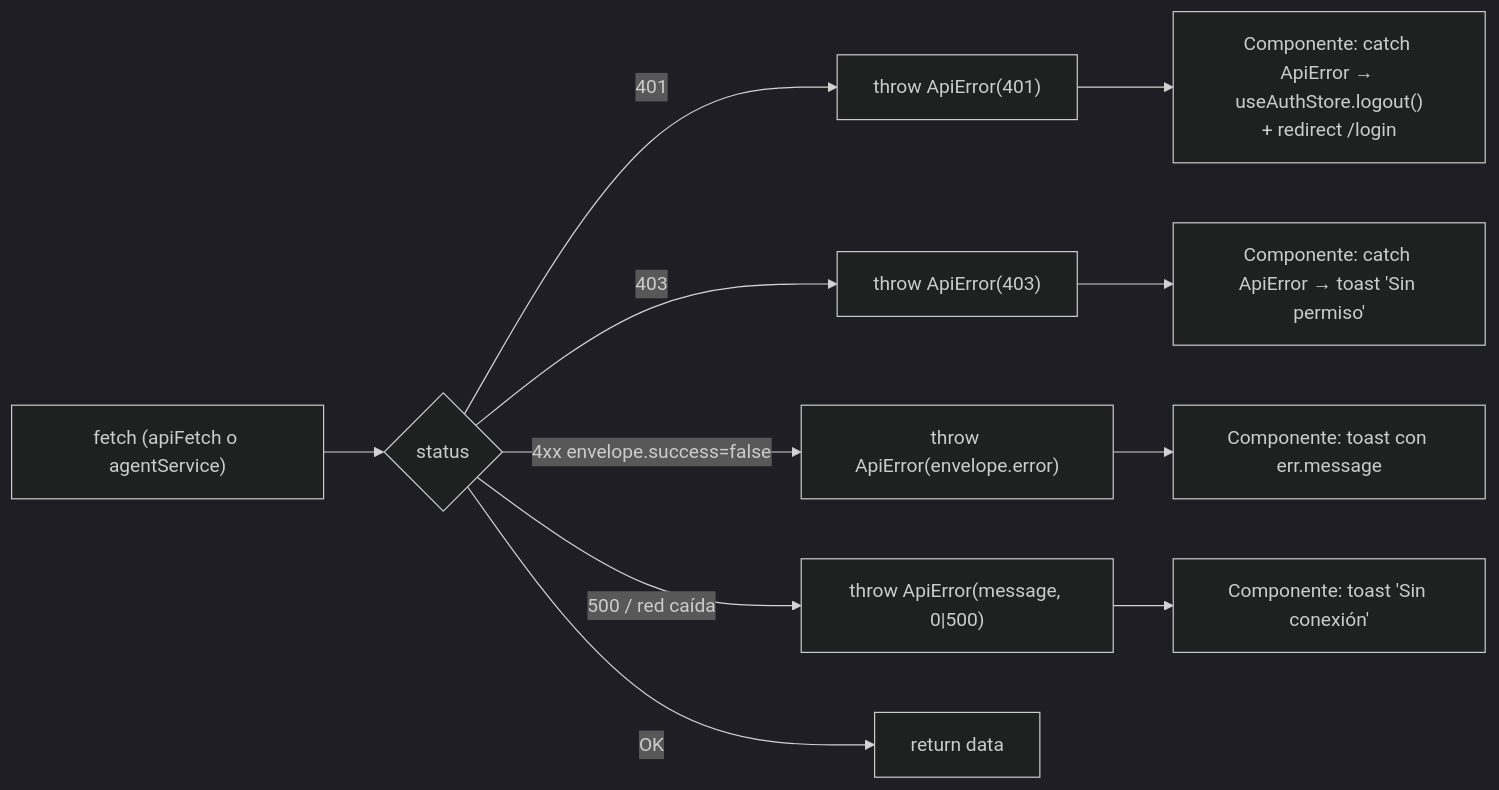
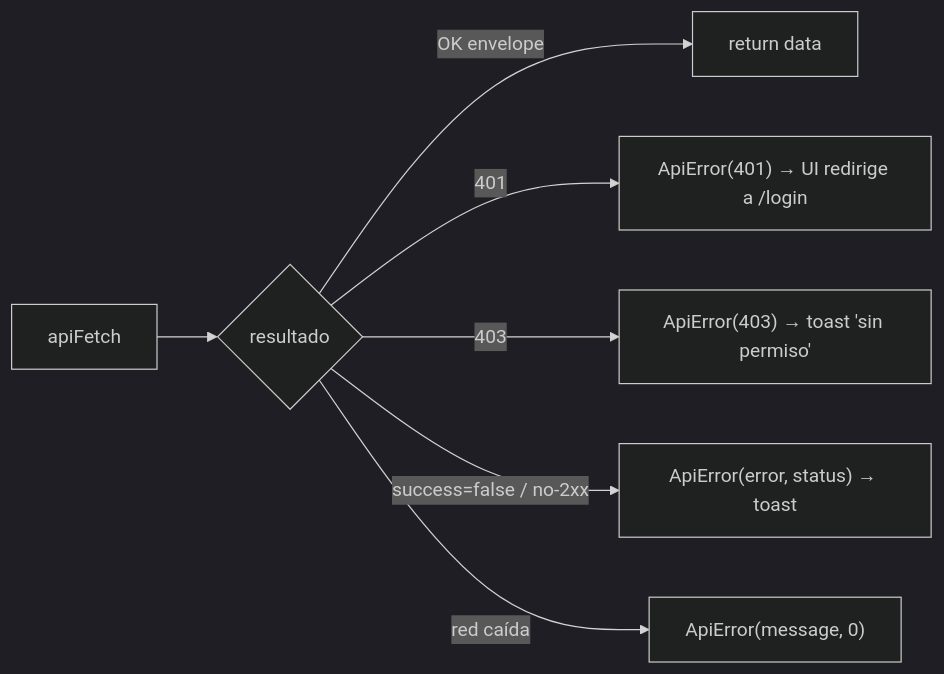
The seventh of 7 diagrams in doc/data-flow.md (Carlosmps97/web-data-model-hub), drawn with Mermaid (dark theme) before and after one commit. The commit also changed other lines of this file and 118 other files, not shown here.

````diff
--- a/doc/data-flow.md
+++ b/doc/data-flow.md
@@ -379,14 +160,9 @@
 ```mermaid
 flowchart LR
-    F["fetch (apiFetch o agentService)"] --> S{"status"}
-    S -->|"401"| AUTH["throw ApiError(401)"]
-    S -->|"403"| FBD["throw ApiError(403)"]
-    S -->|"4xx envelope.success=false"| BE["throw ApiError(envelope.error)"]
-    S -->|"500 / red caída"| NET["throw ApiError(message, 0|500)"]
-    S -->|"OK"| OK["return data"]
-
-    AUTH --> H1["Componente: catch ApiError → useAuthStore.logout()<br/>+ redirect /login"]
-    FBD --> H2["Componente: catch ApiError → toast 'Sin permiso'"]
-    BE --> H3["Componente: toast con err.message"]
-    NET --> H4["Componente: toast 'Sin conexión'"]
+    F["apiFetch"] --> S{"resultado"}
+    S -->|"OK envelope"| OK["return data"]
+    S -->|"401"| A["ApiError(401) → UI redirige a /login"]
+    S -->|"403"| FB["ApiError(403) → toast 'sin permiso'"]
+    S -->|"success=false / no-2xx"| BE["ApiError(error, status) → toast"]
+    S -->|"red caída"| NET["ApiError(message, 0)"]
 ```
````
